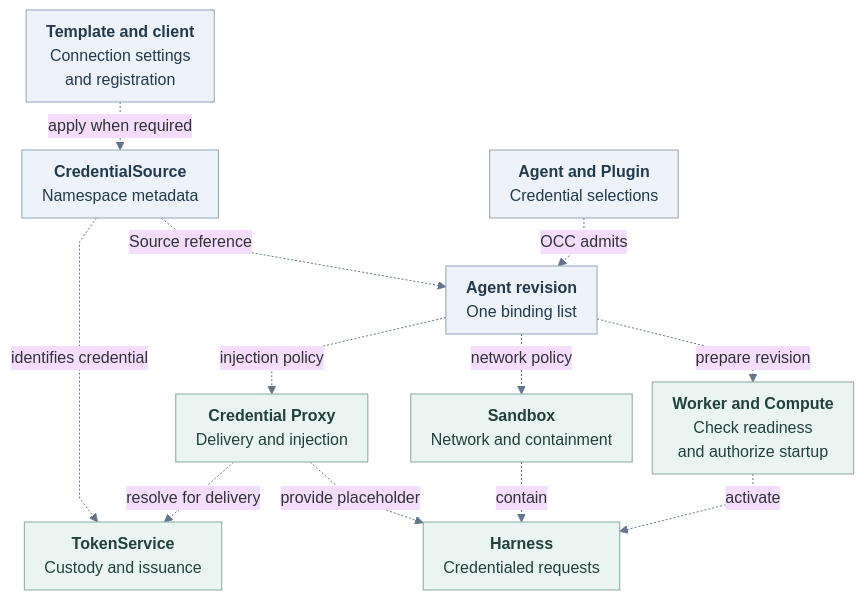
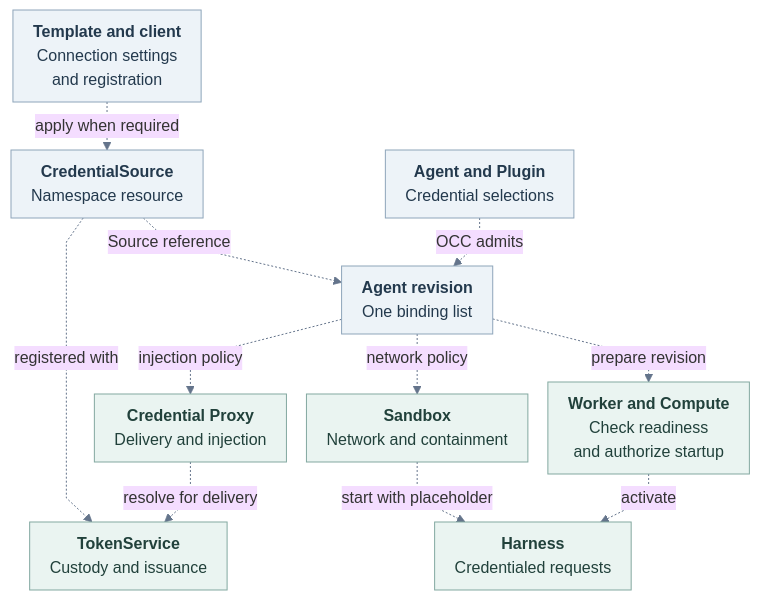
One commit to openclaw/openclaw-enterprise changed the first of 2 diagrams in specs/rfcs/20261124-credential-design-1-0/index.md. Above: the diagram before and after it, drawn with Mermaid. The commit also changed other lines of this file and 3 other files, not shown here.

````diff
--- a/specs/rfcs/20261124-credential-design-1-0/index.md
+++ b/specs/rfcs/20261124-credential-design-1-0/index.md
@@ -29,32 +38,31 @@
 ```mermaid
 ---
 config:
   theme: base
   htmlLabels: true
   flowchart:
     curve: linear
     nodeSpacing: 20
     rankSpacing: 24
     padding: 10
     subGraphTitleMargin:
       top: 8
       bottom: 12
 ---
 flowchart TB
-  T["<b>Template and client</b><br/>Connection settings<br/>and registration"] -.->|apply when required| S["<b>CredentialSource</b><br/>Namespace metadata"]
+  T["<b>Template and client</b><br/>Connection settings<br/>and registration"] -.->|apply when required| S["<b>CredentialSource</b><br/>Namespace resource"]
   A["<b>Agent and Plugin</b><br/>Credential selections"] -.->|OCC admits| B["<b>Agent revision</b><br/>One binding list"]
-  S -.->|identifies credential| TS["<b>TokenService</b><br/>Custody and issuance"]
+  S -.->|registered with| TS["<b>TokenService</b><br/>Custody and issuance"]
   S -.->|Source reference| B
   B -.->|injection policy| CP["<b>Credential Proxy</b><br/>Delivery and injection"]
   B -.->|network policy| SB["<b>Sandbox</b><br/>Network and containment"]
   CP -.->|resolve for delivery| TS
-  CP -.->|provide placeholder| H["<b>Harness</b><br/>Credentialed requests"]
-  SB -.->|contain| H
   B -.->|prepare revision| W["<b>Worker and Compute</b><br/>Check readiness<br/>and authorize startup"]
+  SB -.->|start with placeholder| H["<b>Harness</b><br/>Credentialed requests"]
   W -.->|activate| H
   classDef record fill:#EDF3F8,stroke:#8EA5BA,color:#23394D,stroke-width:1px
   classDef capability fill:#EAF4F1,stroke:#83A8A0,color:#21413B,stroke-width:1px
   class T,S,A,B record
   class TS,CP,SB,W,H capability
   linkStyle default stroke:#64748B,stroke-width:1px
 ```
````
